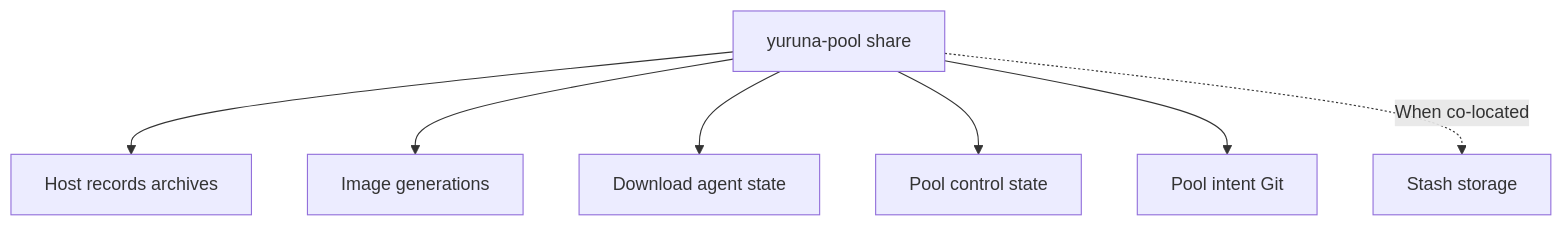
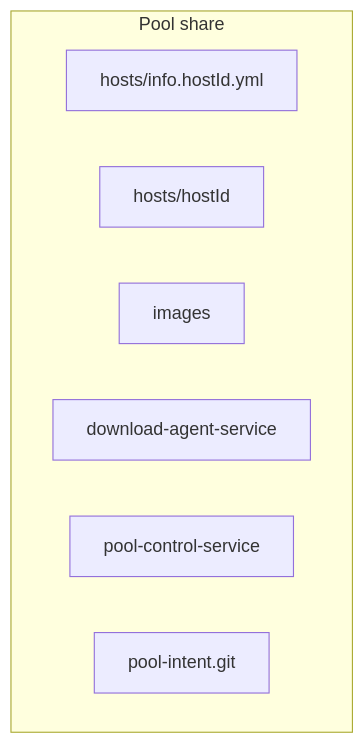
One commit to alissonsol/yuruna changed the sixth of 8 diagrams in docs/design/03-data-flows.md. Above: the diagram before and after it, drawn with Mermaid. The commit also changed other lines of this file and 1383 other files, not shown here.

````diff
--- a/docs/design/03-data-flows.md
+++ b/docs/design/03-data-flows.md
@@ -195,17 +260,11 @@
 ```mermaid
 flowchart TB
-    yuruna-pool["yuruna-pool share"]
-    hosts["Host records archives"]
-    images["Image generations"]
-    download-agent-service["Download agent state"]
-    pool-control-service["Pool control state"]
-    pool-intent-git["Pool intent Git"]
-    stash["Stash storage"]
-    yuruna-pool --> hosts
-    yuruna-pool --> images
-    yuruna-pool --> download-agent-service
-    yuruna-pool --> pool-control-service
-    yuruna-pool --> pool-intent-git
-    %% optional: stash storage can use a different share
-    yuruna-pool -. "When co-located" .-> stash
+    subgraph yuruna-pool["Pool share"]
+        hosts-info["hosts/info.hostId.yml"]
+        hosts["hosts/hostId"]
+        images["images"]
+        download-agent-service["download-agent-service"]
+        pool-control-service["pool-control-service"]
+        pool-intent-git["pool-intent.git"]
+    end
 ```
````
